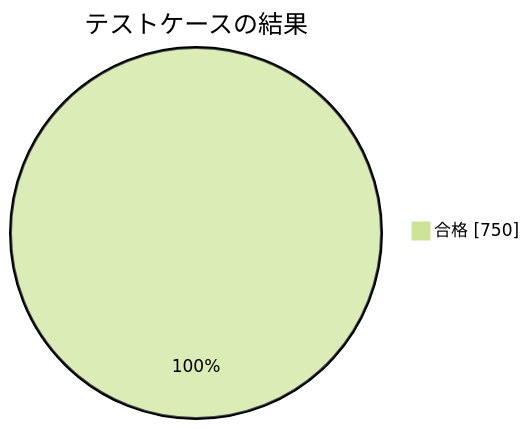
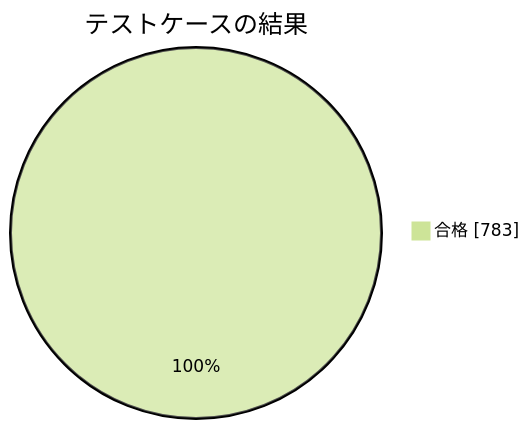
The second of 4 diagrams in documents/モジュールテスト結果報告書_RPG学習アプリ.md (pocarialice/rpglearning), drawn with Mermaid (forest theme) before and after one commit. The commit also changed other lines of this file and 12 other files, not shown here.

````diff
--- a/documents/モジュールテスト結果報告書_RPG学習アプリ.md
+++ b/documents/モジュールテスト結果報告書_RPG学習アプリ.md
@@ -64,4 +65,4 @@
 ```mermaid
 pie showData title テストケースの結果
-  "合格" : 750
+  "合格" : 783
 ```
````
